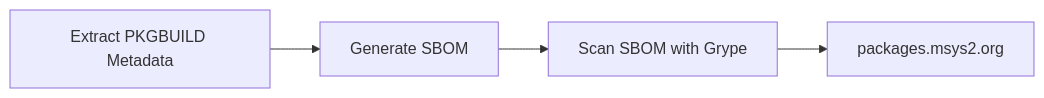
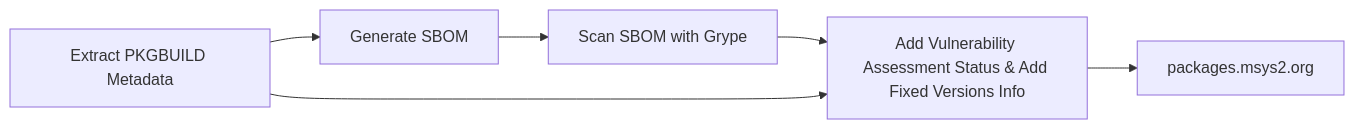
One commit to msys2/msys2.github.io changed the diagram in web/dev/vulnerabilities.md. Above: the diagram before and after it, drawn with Mermaid.

Commit message:
vulnerabilities: update graph
there are some more steps now

````diff
--- a/web/dev/vulnerabilities.md
+++ b/web/dev/vulnerabilities.md
@@ -6,6 +6,8 @@
 ```mermaid
 graph LR;
     A[Extract PKGBUILD Metadata] --> B[Generate SBOM];
     B --> C[Scan SBOM with Grype];
-    C --> D[packages.msys2.org];
+    C --> D[Add Vulnerability Assessment Status & Add Fixed Versions Info];
+    D --> E[packages.msys2.org];
+    A --> D;
 ```
````
